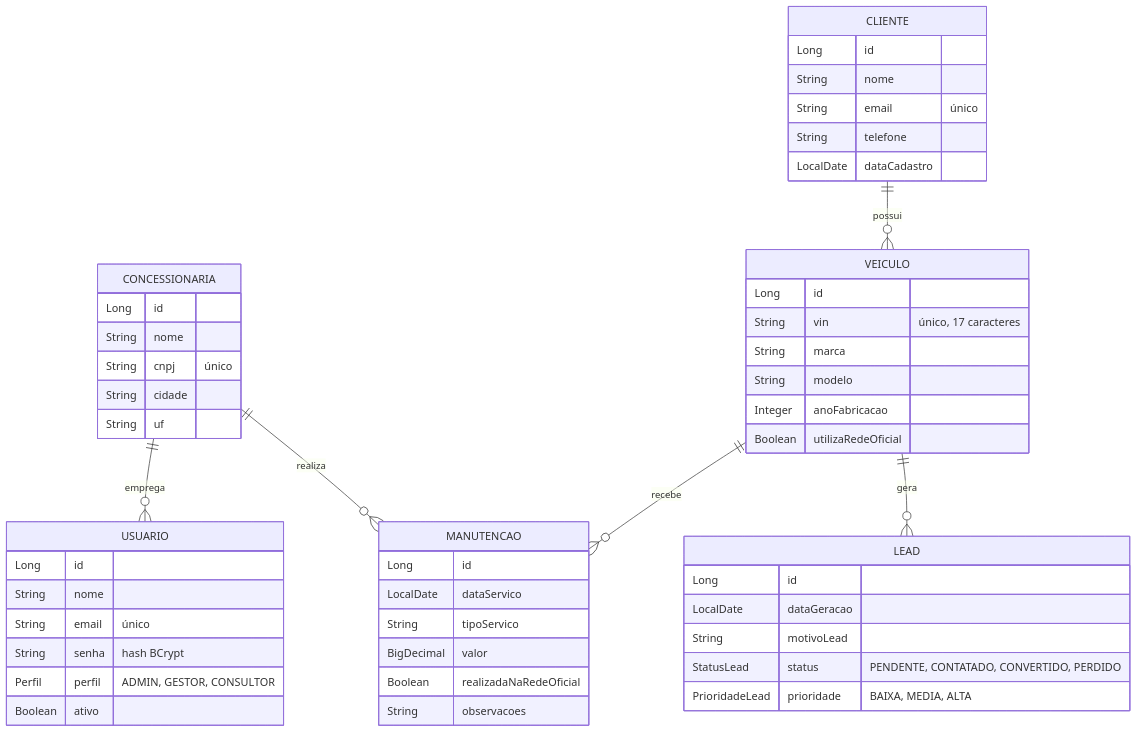
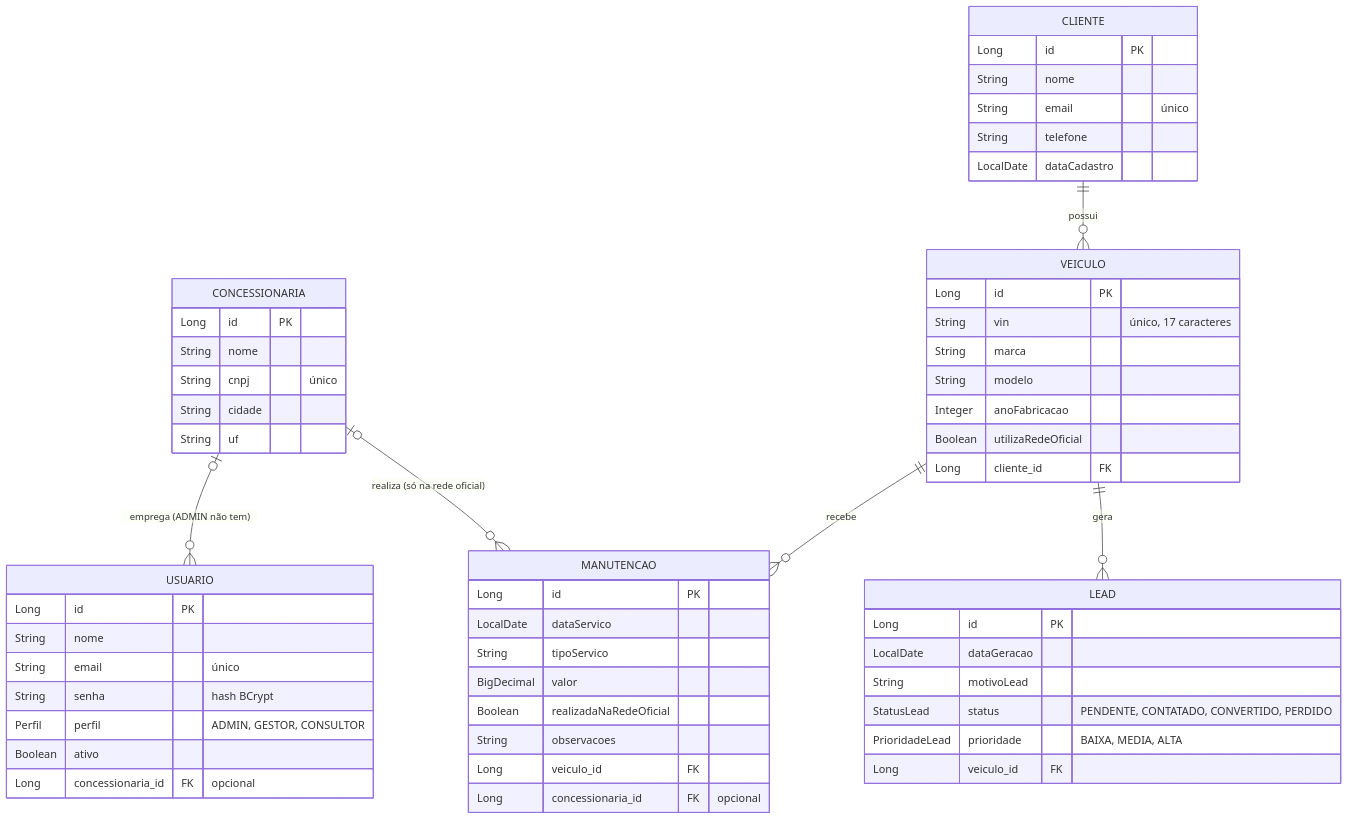
One commit to CezarBacanieski/challenge-java-soa changed the third of 3 diagrams in README.md. Above: the diagram before and after it, drawn with Mermaid. The commit also changed other lines of this file, not shown here.

Commit message:
docs: corrige diagramas conforme o código
- Modelo de dados: concessionária opcional para usuário (ADMIN) e manutenção
  (fora da rede), com PK e FK
- Componentes: filtro JWT aciona o handler de 401 para token inválido
- Fluxo: login com usuário desativado responde 401

````diff
--- a/README.md
+++ b/README.md
@@ -245,54 +248,59 @@
 ```mermaid
 erDiagram
-    CONCESSIONARIA ||--o{ USUARIO : "emprega"
-    CONCESSIONARIA ||--o{ MANUTENCAO : "realiza"
+    CONCESSIONARIA |o--o{ USUARIO : "emprega (ADMIN não tem)"
+    CONCESSIONARIA |o--o{ MANUTENCAO : "realiza (só na rede oficial)"
     CLIENTE ||--o{ VEICULO : "possui"
     VEICULO ||--o{ MANUTENCAO : "recebe"
     VEICULO ||--o{ LEAD : "gera"
 
     CONCESSIONARIA {
-        Long id
+        Long id PK
         String nome
         String cnpj "único"
         String cidade
         String uf
     }
     USUARIO {
-        Long id
+        Long id PK
         String nome
         String email "único"
         String senha "hash BCrypt"
         Perfil perfil "ADMIN, GESTOR, CONSULTOR"
         Boolean ativo
+        Long concessionaria_id FK "opcional"
     }
     CLIENTE {
-        Long id
+        Long id PK
         String nome
         String email "único"
         String telefone
         LocalDate dataCadastro
     }
     VEICULO {
-        Long id
+        Long id PK
         String vin "único, 17 caracteres"
         String marca
         String modelo
         Integer anoFabricacao
         Boolean utilizaRedeOficial
+        Long cliente_id FK
     }
     MANUTENCAO {
-        Long id
+        Long id PK
         LocalDate dataServico
         String tipoServico
         BigDecimal valor
         Boolean realizadaNaRedeOficial
         String observacoes
+        Long veiculo_id FK
+        Long concessionaria_id FK "opcional"
     }
     LEAD {
-        Long id
+        Long id PK
         LocalDate dataGeracao
         String motivoLead
         StatusLead status "PENDENTE, CONTATADO, CONVERTIDO, PERDIDO"
         PrioridadeLead prioridade "BAIXA, MEDIA, ALTA"
+        Long veiculo_id FK
     }
 ```
````
